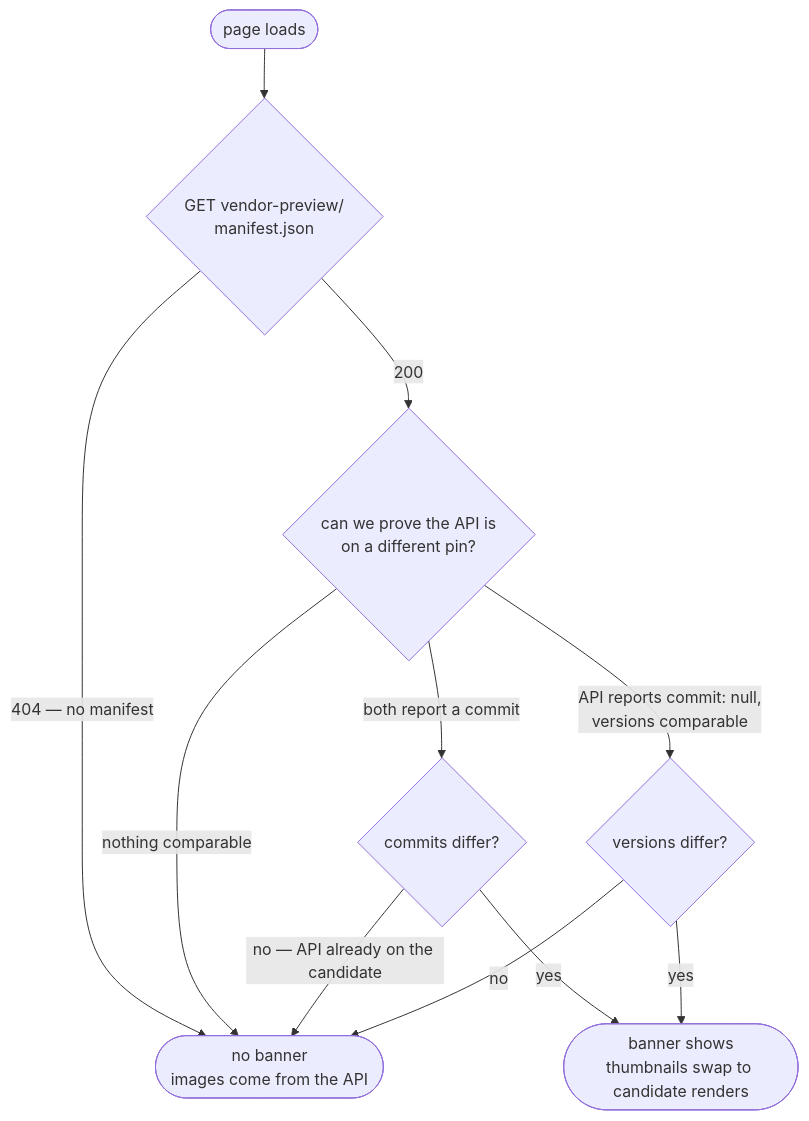
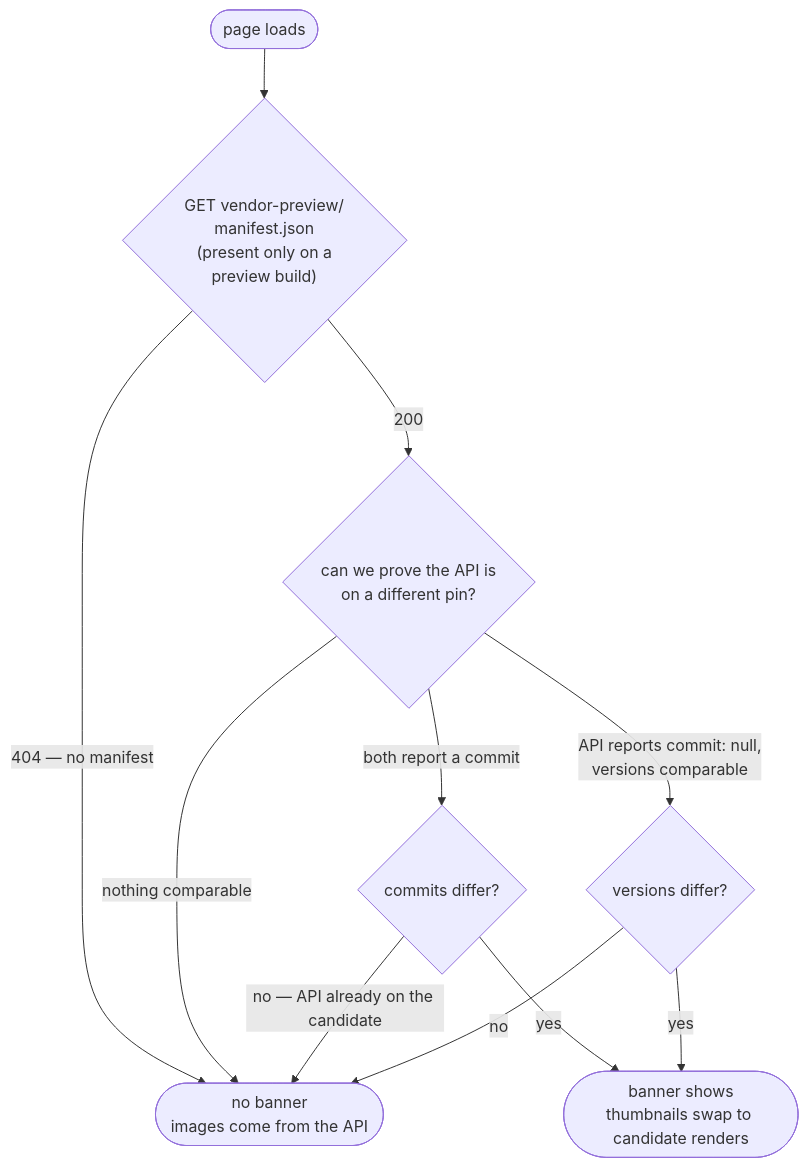
The fifth of 6 diagrams in docs/preview-deployments.md (NNTin/pixel-index), drawn with Mermaid before and after one commit. The commit also changed other lines of this file and 12 other files, not shown here.

````diff
--- a/docs/preview-deployments.md
+++ b/docs/preview-deployments.md
@@ -288,17 +288,17 @@
 ```mermaid
 flowchart TD
-    S(["page loads"]) --> M{"GET vendor-preview/<br/>manifest.json"}
+    S(["page loads"]) --> M{"GET vendor-preview/<br/>manifest.json<br/>(present only on a<br/>preview build)"}
     M -->|"404 — no manifest"| OFF(["no banner<br/>images come from the API"])
     M -->|"200"| CMP{"can we prove the API is<br/>on a different pin?"}
 
     CMP -->|"both report a commit"| CC{"commits differ?"}
     CMP -->|"API reports commit: null,<br/>versions comparable"| VV{"versions differ?"}
     CMP -->|"nothing comparable"| OFF
 
     CC -->|"yes"| ON
     CC -->|"no — API already on the candidate"| OFF
     VV -->|"yes"| ON
     VV -->|"no"| OFF
 
     ON(["banner shows<br/>thumbnails swap to candidate renders"])
 ```
````
